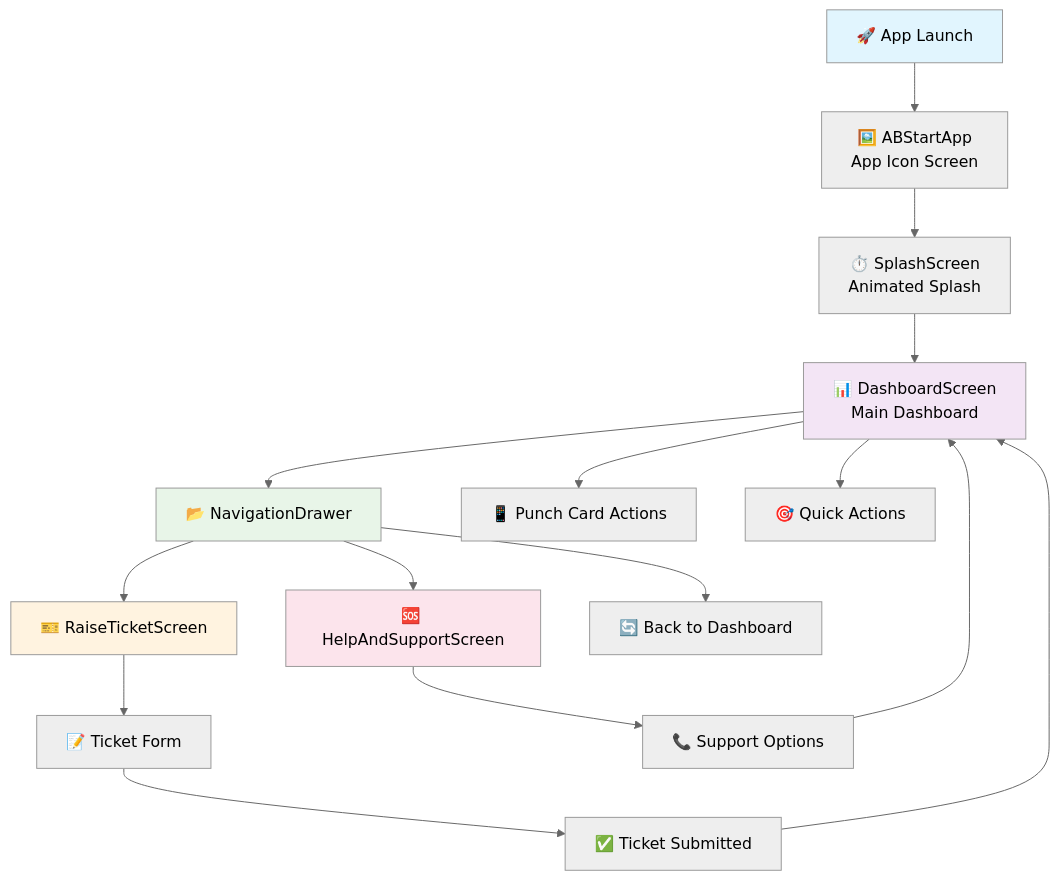
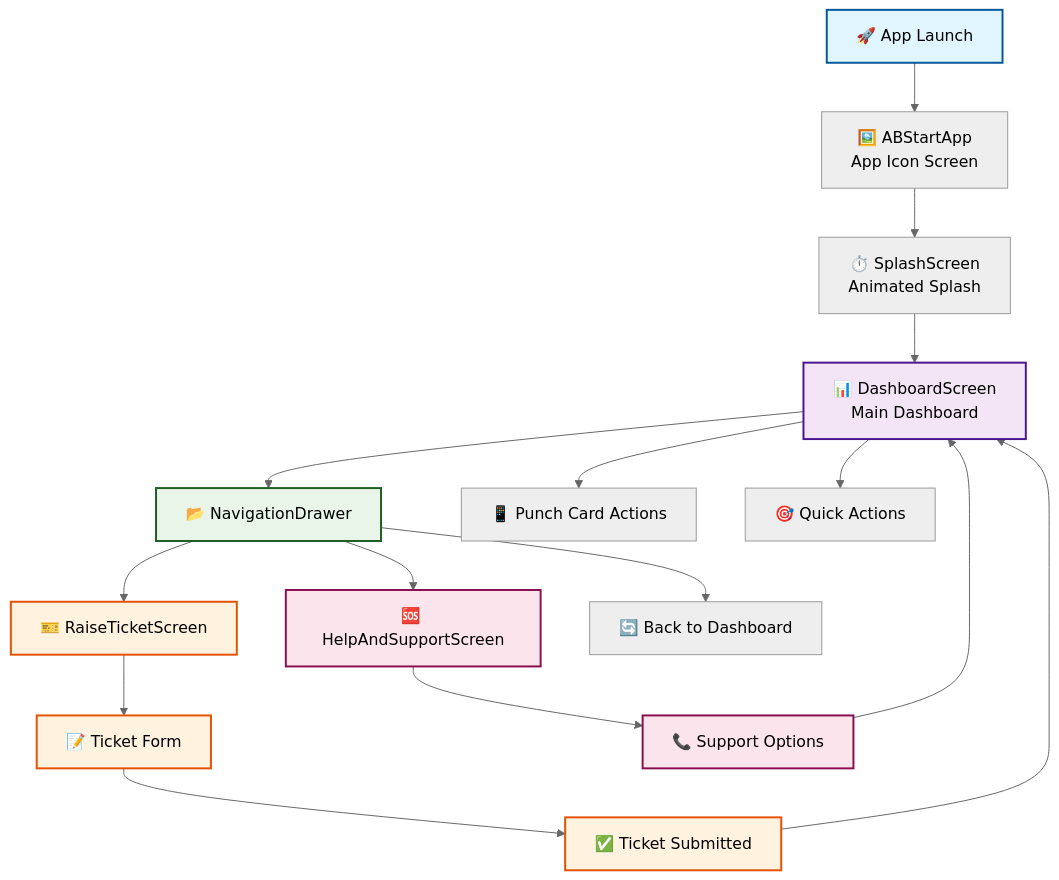
One commit to deshkaustubh/Internship1Project changed the first of 4 diagrams in README.md. Above: the diagram before and after it, drawn with Mermaid (neutral theme). The commit also changed other lines of this file, not shown here.

````diff
--- a/README.md
+++ b/README.md
@@ -124,27 +124,33 @@
 ```mermaid
 graph TD
     A[🚀 App Launch] --> B[🖼️ ABStartApp<br/>App Icon Screen]
     B --> C[⏱️ SplashScreen<br/>Animated Splash]
     C --> D[📊 DashboardScreen<br/>Main Dashboard]
     
     D --> E[📂 NavigationDrawer]
     E --> F[🎫 RaiseTicketScreen]
     E --> G[🆘 HelpAndSupportScreen]
     E --> H[🔄 Back to Dashboard]
     
     D --> I[📱 Punch Card Actions]
     D --> J[🎯 Quick Actions]
     
     F --> K[📝 Ticket Form]
     K --> L[✅ Ticket Submitted]
     L --> D
     
     G --> M[📞 Support Options]
     M --> D
     
-    style A fill:#e1f5fe
-    style D fill:#f3e5f5
-    style E fill:#e8f5e8
-    style F fill:#fff3e0
-    style G fill:#fce4ec
+    classDef launch fill:#e1f5fe,stroke:#01579b,stroke-width:2px
+    classDef dashboard fill:#f3e5f5,stroke:#4a148c,stroke-width:2px
+    classDef drawer fill:#e8f5e8,stroke:#1b5e20,stroke-width:2px
+    classDef ticket fill:#fff3e0,stroke:#e65100,stroke-width:2px
+    classDef support fill:#fce4ec,stroke:#880e4f,stroke-width:2px
+    
+    class A launch
+    class D dashboard
+    class E drawer
+    class F,K,L ticket
+    class G,M support
 ```
````
